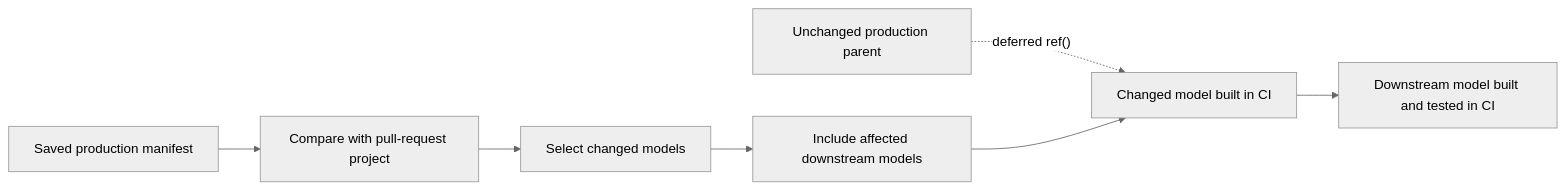
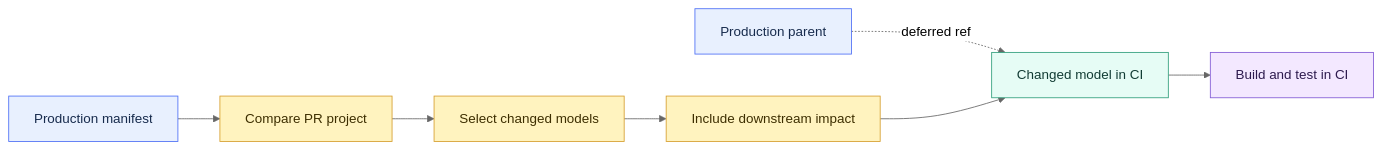
One commit to shonningsoy/Upskill changed the first of 2 diagrams in 02 dbt/04 Incremental Processing and Performance/36 Model Selection State and Deferral.md. Above: the diagram before and after it, drawn with Mermaid (neutral theme). The commit also changed other lines of this file and 31 other files, not shown here.

````diff
--- a/02 dbt/04 Incremental Processing and Performance/36 Model Selection State and Deferral.md
+++ b/02 dbt/04 Incremental Processing and Performance/36 Model Selection State and Deferral.md
@@ -75,9 +76,19 @@
 ```mermaid
 flowchart LR
-    A["Saved production manifest"] --> B["Compare with pull-request project"]
-    B --> C["Select changed models"]
-    C --> D["Include affected downstream models"]
-    E["Unchanged production parent"] -. "deferred ref()" .-> F["Changed model built in CI"]
+    A[Production manifest] --> B[Compare PR project]
+    B --> C[Select changed models]
+    C --> D[Include downstream impact]
+    E[Production parent] -. deferred ref .-> F[Changed model in CI]
     D --> F
-    F --> G["Downstream model built and tested in CI"]
+    F --> G[Build and test in CI]
+
+    classDef input fill:#E8F0FE,stroke:#4C6EF5,color:#172B4D
+    classDef control fill:#FFF3BF,stroke:#D69E2E,color:#3D2E00
+    classDef dbt fill:#E6FCF5,stroke:#2F9E7B,color:#123C34
+    classDef platform fill:#F1F3F5,stroke:#868E96,color:#212529
+    classDef output fill:#F3E8FF,stroke:#805AD5,color:#2D1B4E
+    class A,E input
+    class B,C,D control
+    class F dbt
+    class G output
 ```
````
